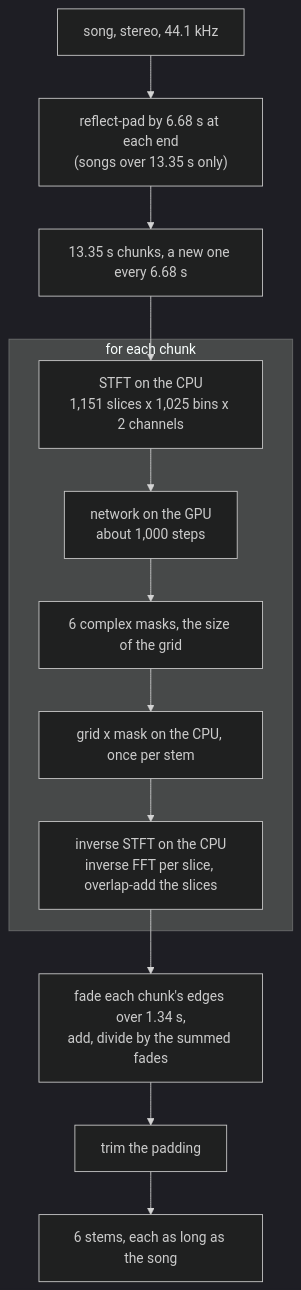
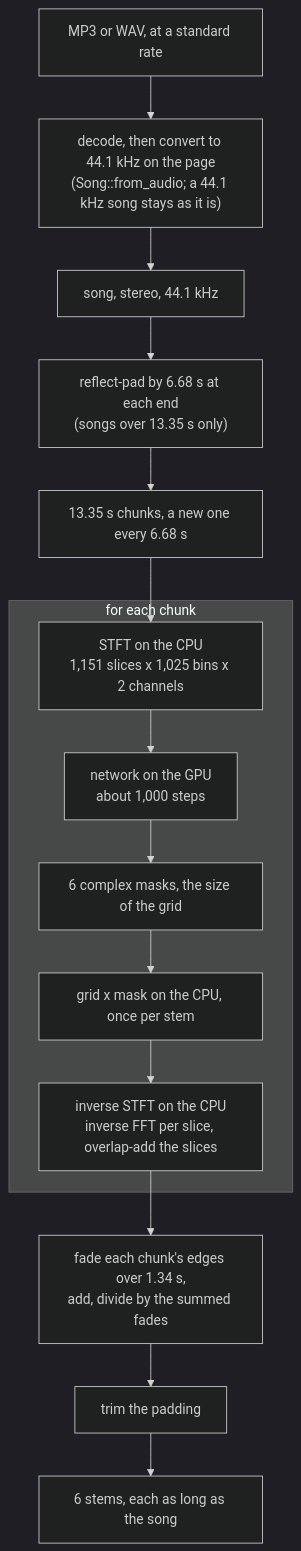
Before and after one commit to lloydmeta/stemyla: the second of 4 diagrams in docs/ARCHITECTURE.md, drawn with Mermaid (dark theme). The commit also changed other lines of this file and 20 other files, not shown here.

First line of the commit message:
Songs at 48 kHz and other standard rates separate (#35)

````diff
--- a/docs/ARCHITECTURE.md
+++ b/docs/ARCHITECTURE.md
@@ -74,17 +76,19 @@
 ```mermaid
 flowchart TD
-  SONG["song, stereo, 44.1 kHz"] --> PAD["reflect-pad by 6.68 s at each end<br/>(songs over 13.35 s only)"]
+  FILE["MP3 or WAV, at a standard rate"] --> CONV["decode, then convert to 44.1 kHz on the page<br/>(Song::from_audio; a 44.1 kHz song stays as it is)"]
+  CONV --> SONG["song, stereo, 44.1 kHz"]
+  SONG --> PAD["reflect-pad by 6.68 s at each end<br/>(songs over 13.35 s only)"]
   PAD --> CUT["13.35 s chunks, a new one every 6.68 s"]
   subgraph chunk["for each chunk"]
     STFT["STFT on the CPU<br/>1,151 slices x 1,025 bins x 2 channels"]
     NET["network on the GPU<br/>about 1,000 steps"]
     MASKS["6 complex masks, the size of the grid"]
     APPLY["grid x mask on the CPU, once per stem"]
     ISTFT["inverse STFT on the CPU<br/>inverse FFT per slice, overlap-add the slices"]
     STFT --> NET --> MASKS --> APPLY --> ISTFT
   end
   CUT --> STFT
   ISTFT --> XF["fade each chunk's edges over 1.34 s,<br/>add, divide by the summed fades"]
   XF --> TRIM["trim the padding"]
   TRIM --> STEMS["6 stems, each as long as the song"]
 ```
````
